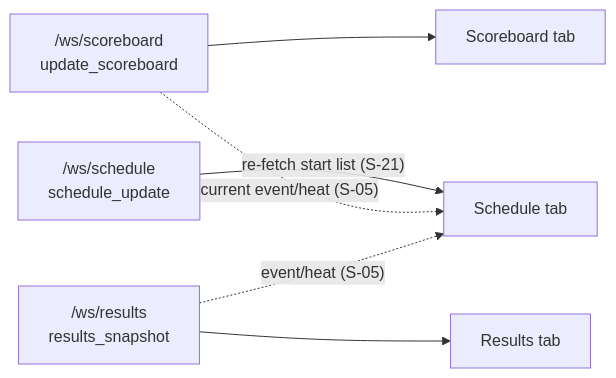
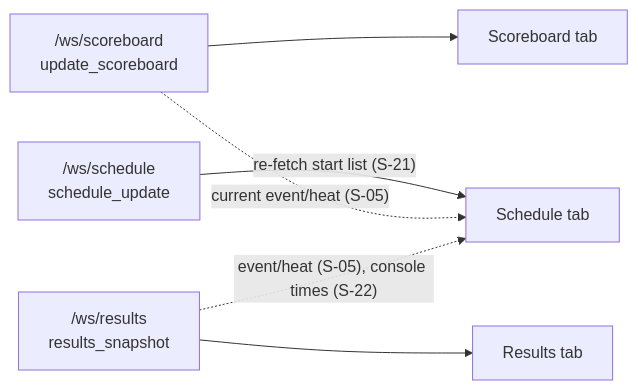
Before and after one commit to olivierouellet/Splouch: the fifth of 6 diagrams in docs/app.md, drawn with Mermaid. The commit also changed other lines of this file and 34 other files, not shown here.

Commit message:
[Results] Show Meet Manager's official times on the Schedule, beside seed and console

````diff
--- a/docs/app.md
+++ b/docs/app.md
@@ -654,8 +682,8 @@
 ```mermaid
 flowchart LR
   sb["/ws/scoreboard<br/>update_scoreboard"] --> SB["Scoreboard tab"]
   rs["/ws/results<br/>results_snapshot"] --> RT["Results tab"]
   sc["/ws/schedule<br/>schedule_update"] -- "re-fetch start list (S-21)" --> ST["Schedule tab"]
   sb -.->|"current event/heat (S-05)"| ST
-  rs -.->|"event/heat (S-05)"| ST
+  rs -.->|"event/heat (S-05), console times (S-22)"| ST
 ```
````
